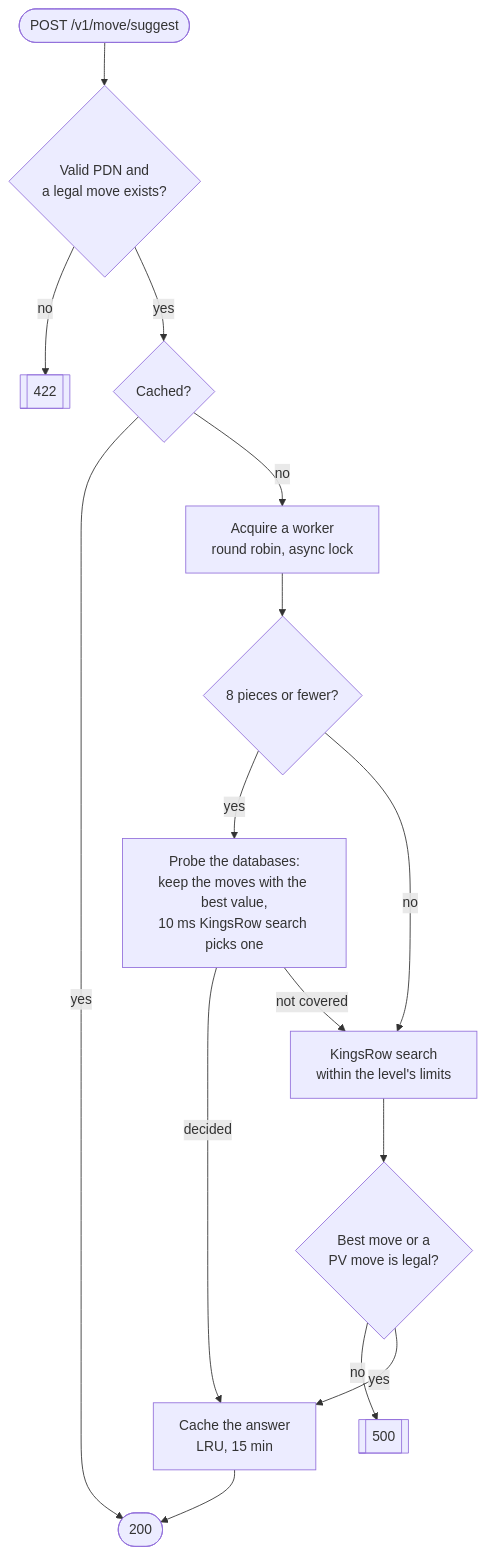
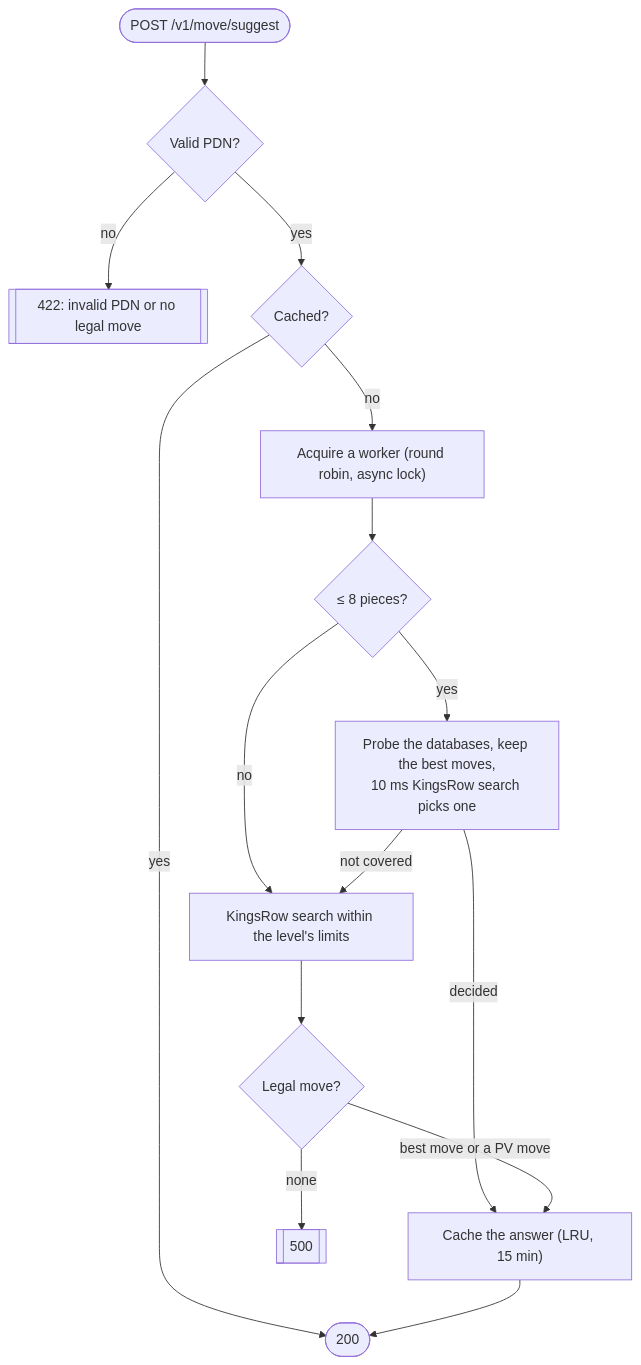
One commit to BoSuY0/CheckersEngineApi changed the second of 3 diagrams in README.md. Above: the diagram before and after it, drawn with Mermaid. The commit also changed other lines of this file, not shown here.

Commit message:
docs: make the README diagrams compact

````diff
--- a/README.md
+++ b/README.md
@@ -226,17 +224,17 @@
 ```mermaid
 flowchart TD
-    req(["POST /v1/move/suggest"]) --> parse{"Valid PDN and<br/>a legal move exists?"}
-    parse -->|no| e422[["422"]]
+    req(["POST /v1/move/suggest"]) --> parse{"Valid PDN?"}
+    parse -->|no| e422[["422: invalid PDN or no legal move"]]
     parse -->|yes| cached{"Cached?"}
     cached -->|yes| ok(["200"])
-    cached -->|no| acquire["Acquire a worker<br/>round robin, async lock"]
-    acquire --> small{"8 pieces or fewer?"}
-    small -->|yes| probe["Probe the databases:<br/>keep the moves with the best value,<br/>10 ms KingsRow search picks one"]
-    probe -->|decided| store["Cache the answer<br/>LRU, 15 min"]
+    cached -->|no| acquire["Acquire a worker (round robin, async lock)"]
+    acquire --> small{"≤ 8 pieces?"}
+    small -->|yes| probe["Probe the databases, keep the best moves,<br/>10 ms KingsRow search picks one"]
+    small -->|no| search["KingsRow search within the level's limits"]
     probe -->|not covered| search
-    small -->|no| search["KingsRow search<br/>within the level's limits"]
-    search --> legal{"Best move or a<br/>PV move is legal?"}
-    legal -->|no| e500[["500"]]
-    legal -->|yes| store
+    probe -->|decided| store["Cache the answer (LRU, 15 min)"]
+    search --> legal{"Legal move?"}
+    legal -->|"best move or a PV move"| store
+    legal -->|none| e500[["500"]]
     store --> ok
 ```
````
